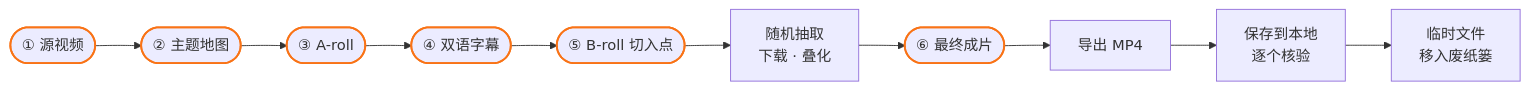
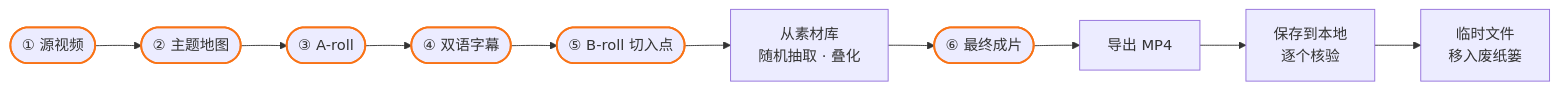
One commit to issgy/chatcut-bilingual-speech changed the diagram in README.md. Above: the diagram before and after it, drawn with Mermaid. The commit also changed other lines of this file and 4 other files, not shown here.

````diff
--- a/README.md
+++ b/README.md
@@ -130,14 +130,14 @@
 ```mermaid
 flowchart LR
   A([① 源视频]) --> B([② 主题地图])
   B --> C([③ A-roll])
   C --> D([④ 双语字幕])
   D --> E([⑤ B-roll 切入点])
-  E --> F[随机抽取<br>下载 · 叠化]
+  E --> F[从素材库<br>随机抽取 · 叠化]
   F --> G([⑥ 最终成片])
   G --> H[导出 MP4]
   H --> I[保存到本地<br>逐个核验]
   I --> J[临时文件<br>移入废纸篓]
   classDef gate stroke:#f97316,stroke-width:2px
   class A,B,C,D,E,G gate
 ```
````
